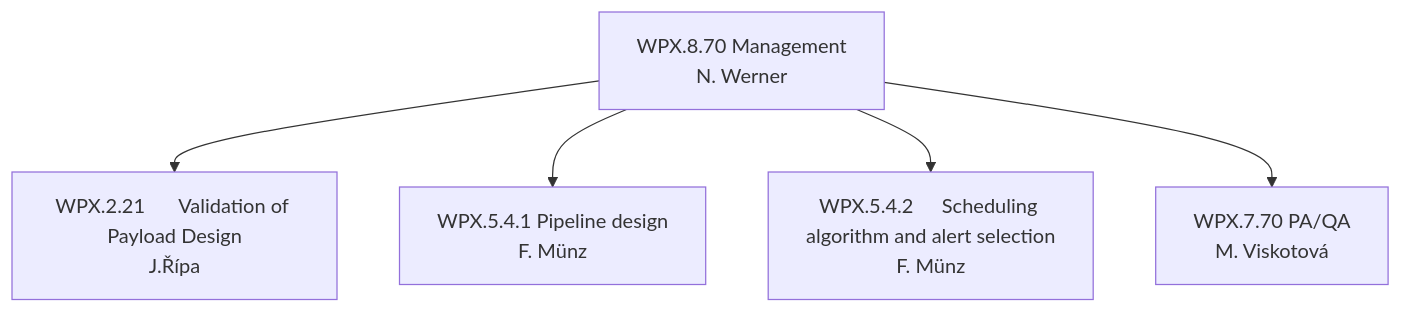
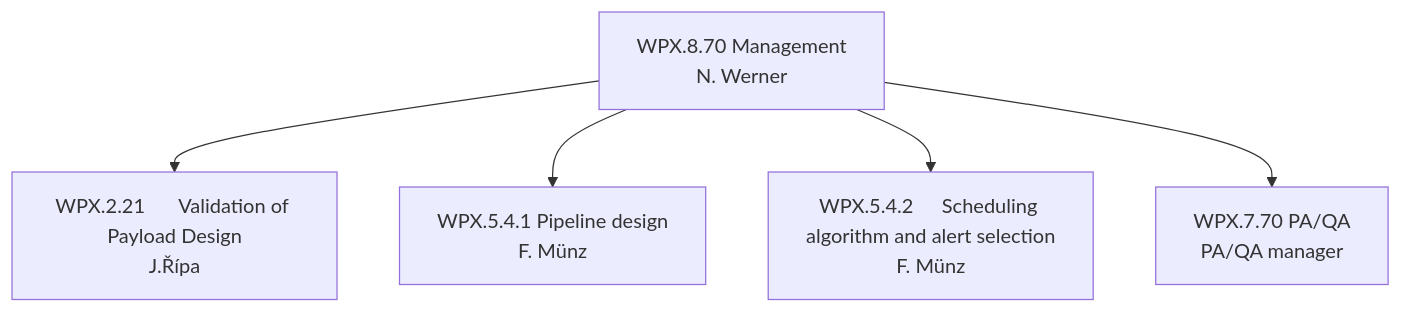
One commit to limu007/quvik changed the first of 3 diagrams in calib/Workflow.md. Above: the diagram before and after it, drawn with Mermaid. The commit also changed other lines of this file, not shown here.

````diff
--- a/calib/Workflow.md
+++ b/calib/Workflow.md
@@ -4,13 +4,13 @@
 ```mermaid
 flowchart TD
 a[WPX.8.70 Management
 N. Werner] --> b[WPX.2.21	Validation of Payload Design
 J.Řípa]
 a --> c[WPX.5.4.1 	Pipeline design
 F. Münz]
 a --> d[WPX.5.4.2	Scheduling algorithm and alert selection
 F. Münz]
 a-->e[WPX.7.70	PA/QA
-M. Viskotová]
+PA/QA manager]
 
 ```
````
